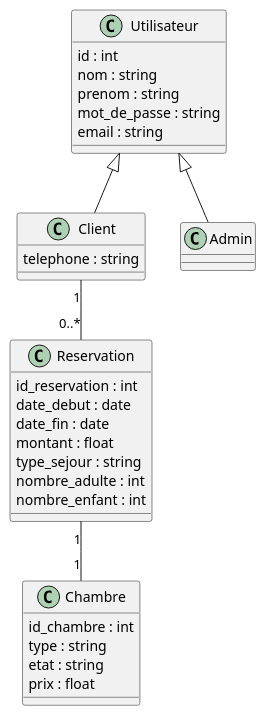
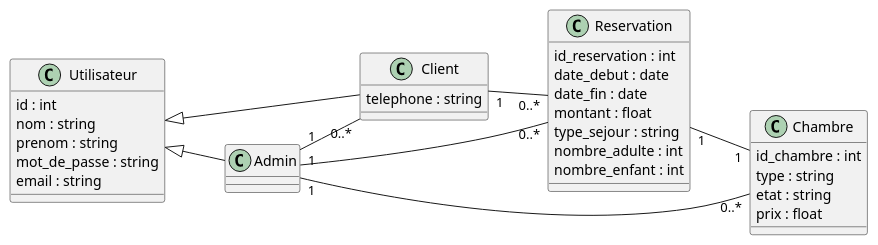
The diagram in Diagrammes/diag_classe_préliminaire.pu (ilefmarouani/GithubAGL), drawn with PlantUML before and after one commit.

```diff
--- a/Diagrammes/diag_classe_préliminaire.pu
+++ b/Diagrammes/diag_classe_préliminaire.pu
@@ -1,40 +1,43 @@
 @startuml
+left to right direction
 class Utilisateur {
   id : int
   nom : string
   prenom : string
   mot_de_passe : string
   email : string
 }
 
 class Client {
   telephone : string
 }
 
 class Admin {
 }
 
 class Chambre {
   id_chambre : int
   type : string
   etat : string
   prix : float
 }
 
 class Reservation {
   id_reservation : int
   date_debut : date
   date_fin : date
   montant : float
   type_sejour : string
   nombre_adulte : int
   nombre_enfant : int
 }
 
 Utilisateur <|-- Client
 Utilisateur <|-- Admin
 
 Client "1" -- "0..*" Reservation
+Admin "1" -- "0..*" Reservation
+Admin "1" -- "0..*" Chambre
+Admin "1" -- "0..*" Client
 Reservation "1" -- "1" Chambre
-
 @enduml
```
